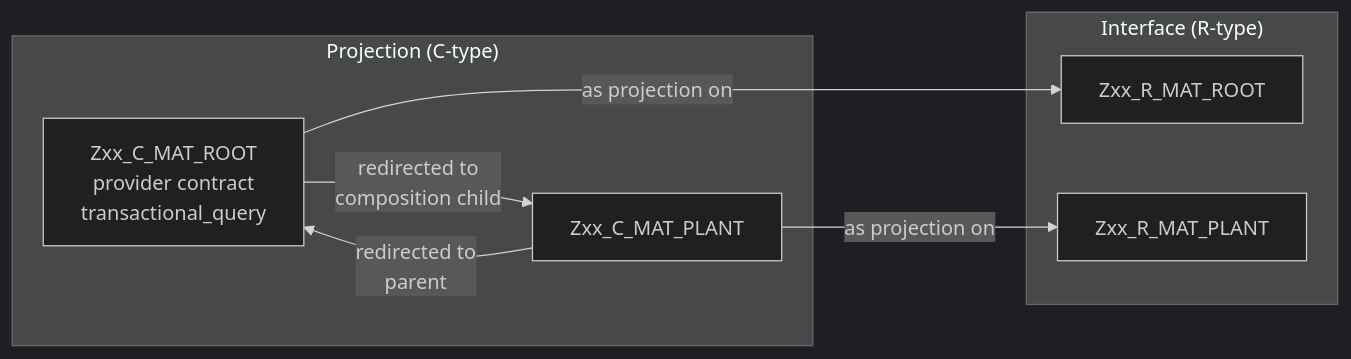
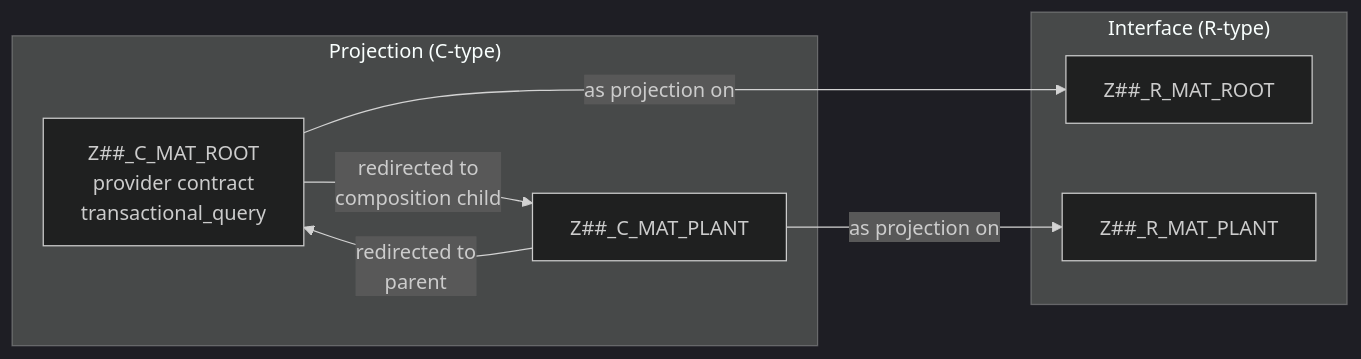
The eighth of 10 diagrams in docs/tutorials/rap-bo-creation.md (fr0ster/cloud-llm-hub), drawn with Mermaid (dark theme) before and after one commit. The commit also changed other lines of this file, not shown here.

````diff
--- a/docs/tutorials/rap-bo-creation.md
+++ b/docs/tutorials/rap-bo-creation.md
@@ -405,17 +544,17 @@
 ```mermaid
 graph LR
     subgraph "Projection (C-type)"
-        C_ROOT[Zxx_C_MAT_ROOT<br/>provider contract<br/>transactional_query]
-        C_PLANT[Zxx_C_MAT_PLANT]
+        C_ROOT[Z##_C_MAT_ROOT<br/>provider contract<br/>transactional_query]
+        C_PLANT[Z##_C_MAT_PLANT]
     end
 
     subgraph "Interface (R-type)"
-        R_ROOT[Zxx_R_MAT_ROOT]
-        R_PLANT[Zxx_R_MAT_PLANT]
+        R_ROOT[Z##_R_MAT_ROOT]
+        R_PLANT[Z##_R_MAT_PLANT]
     end
 
     C_ROOT -->|"as projection on"| R_ROOT
     C_PLANT -->|"as projection on"| R_PLANT
     C_ROOT -->|"redirected to<br/>composition child"| C_PLANT
     C_PLANT -->|"redirected to<br/>parent"| C_ROOT
 ```
````
